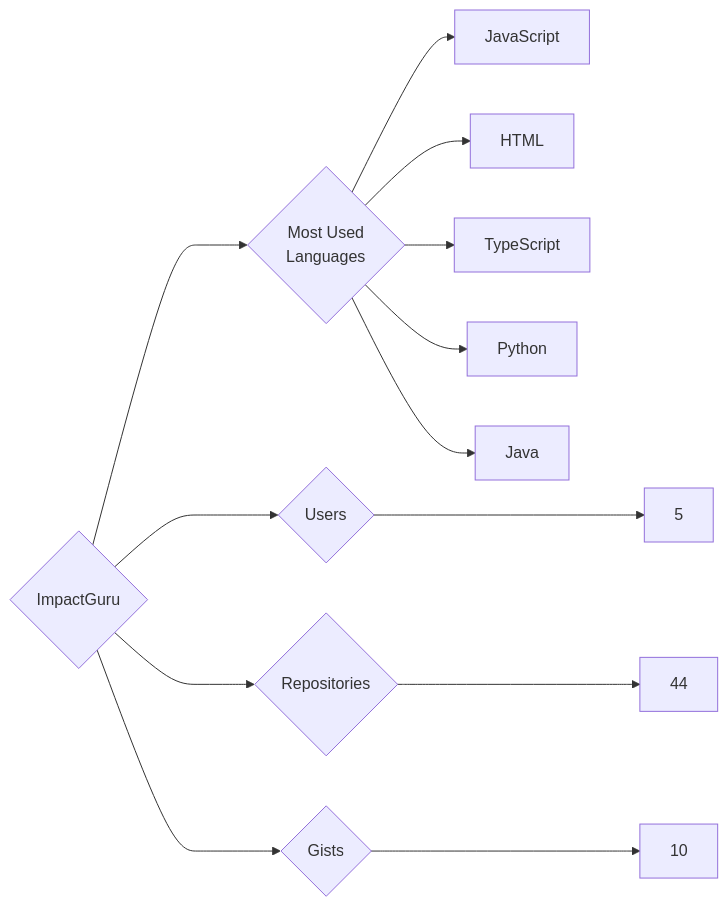
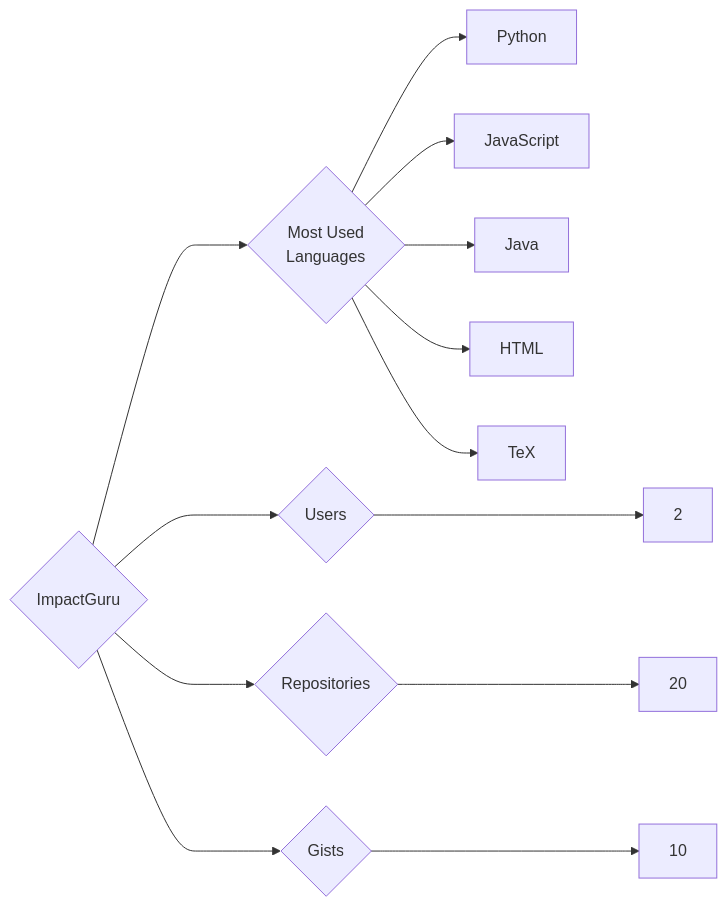
One commit to trickest/insiders changed the diagram in targets/ImpactGuru/README.md. Above: the diagram before and after it, drawn with Mermaid. The commit also changed 1055 other files, not shown here.

````diff
--- a/targets/ImpactGuru/README.md
+++ b/targets/ImpactGuru/README.md
@@ -3,13 +3,13 @@
 ```mermaid
 graph LR
 COMPANY_NAME{ImpactGuru}
-COMPANY_NAME ---> U{Users} ---> UN[5]
-COMPANY_NAME ---> R{Repositories} ---> RN[44]
+COMPANY_NAME ---> U{Users} ---> UN[2]
+COMPANY_NAME ---> R{Repositories} ---> RN[20]
 COMPANY_NAME ---> G{Gists} ---> GN[10]
 COMPANY_NAME ---> ML{Most Used<br>Languages}
+ML --> Python[Python]
 ML --> JavaScript[JavaScript]
+ML --> Java[Java]
 ML --> HTML[HTML]
-ML --> TypeScript[TypeScript]
-ML --> Python[Python]
-ML --> Java[Java]
+ML --> TeX[TeX]
 ```
````
